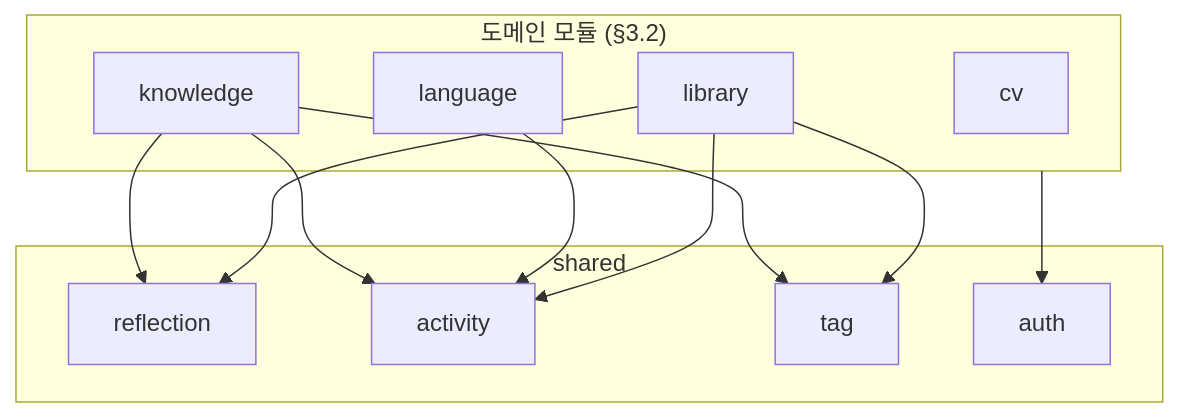
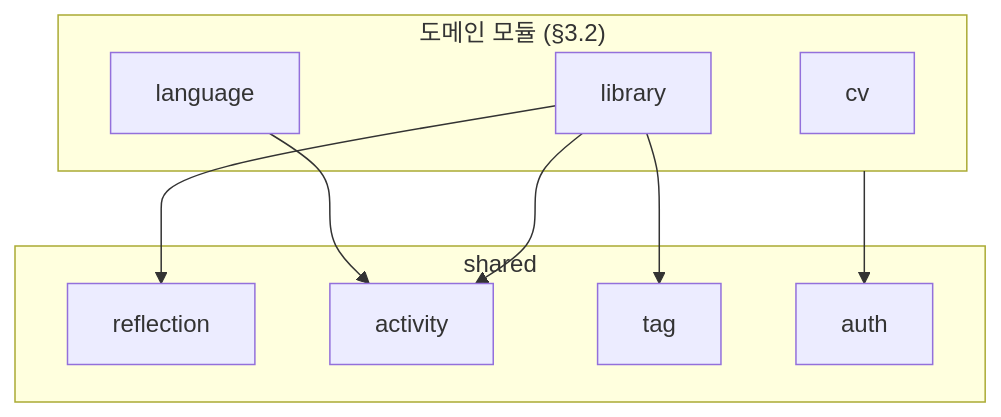
The first of 4 diagrams in docs/15-dcd.md (LeeSongHeon-LSH/LSHobby), drawn with Mermaid before and after one commit. The commit also changed other lines of this file and 8 other files, not shown here.

````diff
--- a/docs/15-dcd.md
+++ b/docs/15-dcd.md
@@ -11,19 +11,17 @@
 ```mermaid
 flowchart TD
     subgraph domain["도메인 모듈 (§3.2)"]
         LIB[library]
         LANG[language]
-        KNOW[knowledge]
         CV[cv]
     end
     subgraph shared["shared"]
         REF[reflection]
         ACT[activity]
         TAG[tag]
         AUTH[auth]
     end
     LIB --> REF & ACT & TAG
     LANG --> ACT
-    KNOW --> REF & ACT & TAG
     domain --> AUTH
 ```
````
